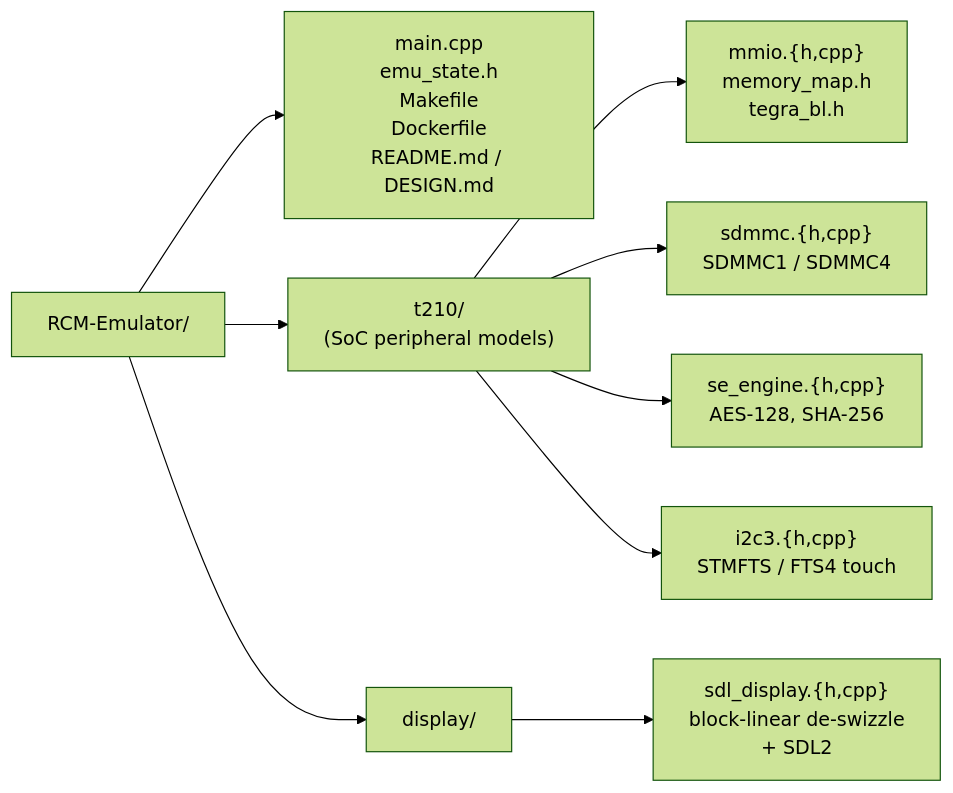
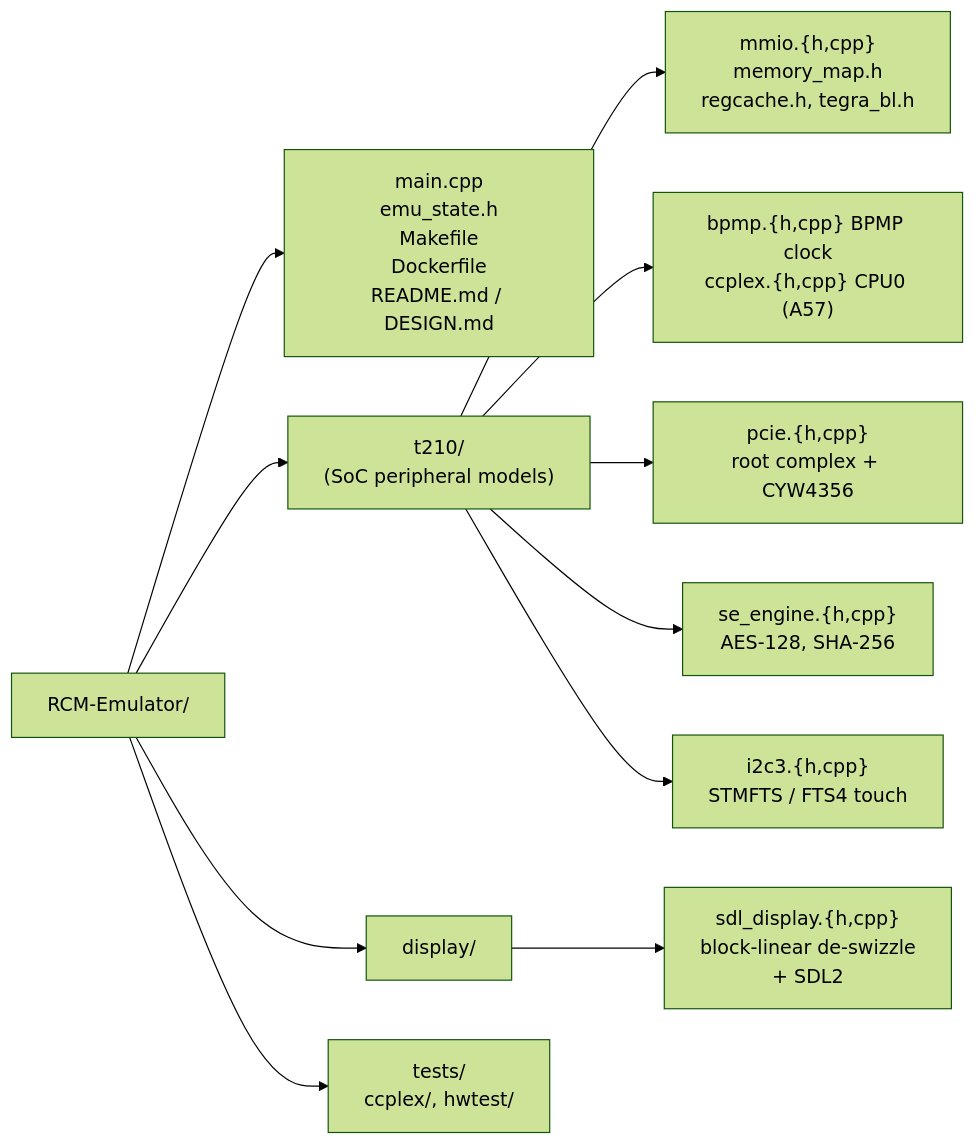
The diagram in README.md (Creased/RCM-Emulator), drawn with Mermaid (forest theme) before and after one commit. The commit also changed other lines of this file and 9 other files, not shown here.

First line of the commit message:
Test the CCPLEX model and the hwtest sweep in CI, and document both

````diff
--- a/README.md
+++ b/README.md
@@ -241,14 +285,16 @@
 ```mermaid
 flowchart LR
     root["RCM-Emulator/"]
     root --> top["main.cpp<br/>emu_state.h<br/>Makefile<br/>Dockerfile<br/>README.md / DESIGN.md"]
     root --> t210["t210/<br/>(SoC peripheral models)"]
     root --> display["display/"]
+    root --> tests["tests/<br/>ccplex/, hwtest/"]
 
-    t210 --> mmio["mmio.{h,cpp}<br/>memory_map.h<br/>tegra_bl.h"]
-    t210 --> sdmmc["sdmmc.{h,cpp}<br/>SDMMC1 / SDMMC4"]
+    t210 --> mmio["mmio.{h,cpp}<br/>memory_map.h<br/>regcache.h, tegra_bl.h"]
+    t210 --> cpus["bpmp.{h,cpp} BPMP clock<br/>ccplex.{h,cpp} CPU0 (A57)"]
+    t210 --> pcie["pcie.{h,cpp}<br/>root complex + CYW4356"]
     t210 --> se["se_engine.{h,cpp}<br/>AES-128, SHA-256"]
     t210 --> i2c["i2c3.{h,cpp}<br/>STMFTS / FTS4 touch"]
 
     display --> sdl["sdl_display.{h,cpp}<br/>block-linear de-swizzle<br/>+ SDL2"]
 ```
````
